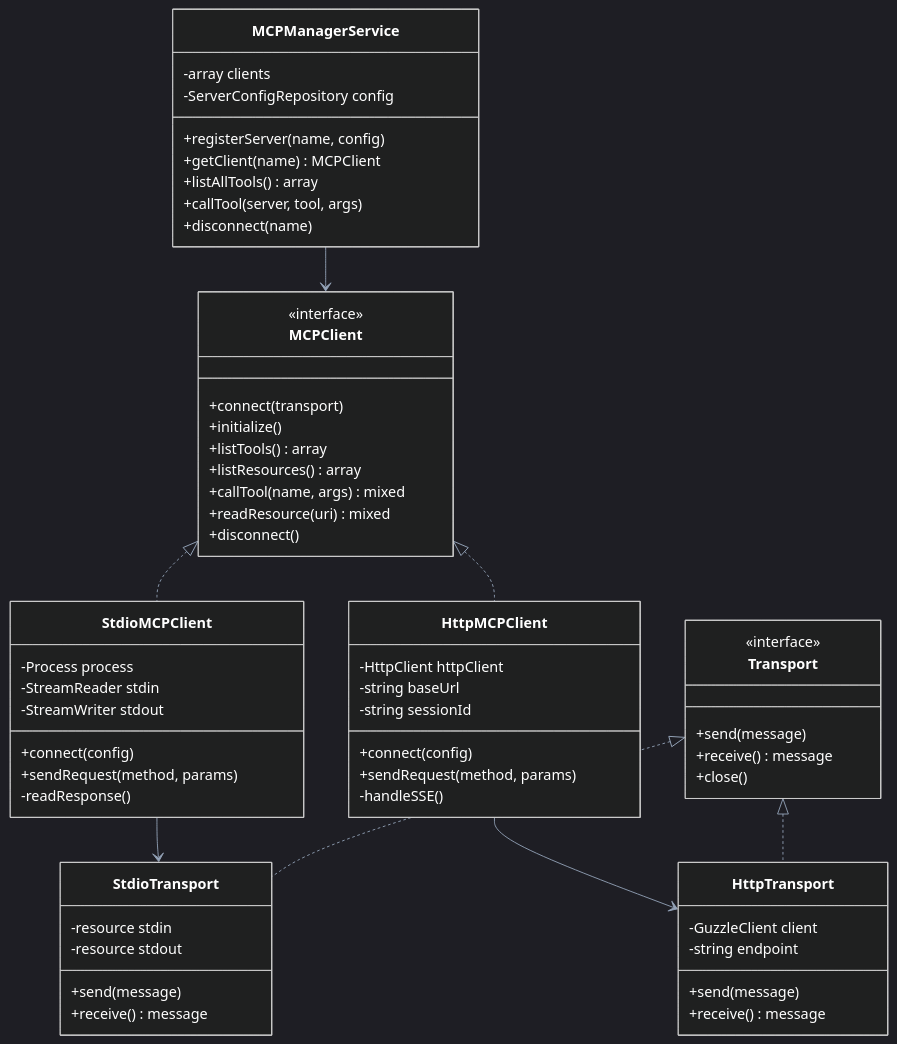
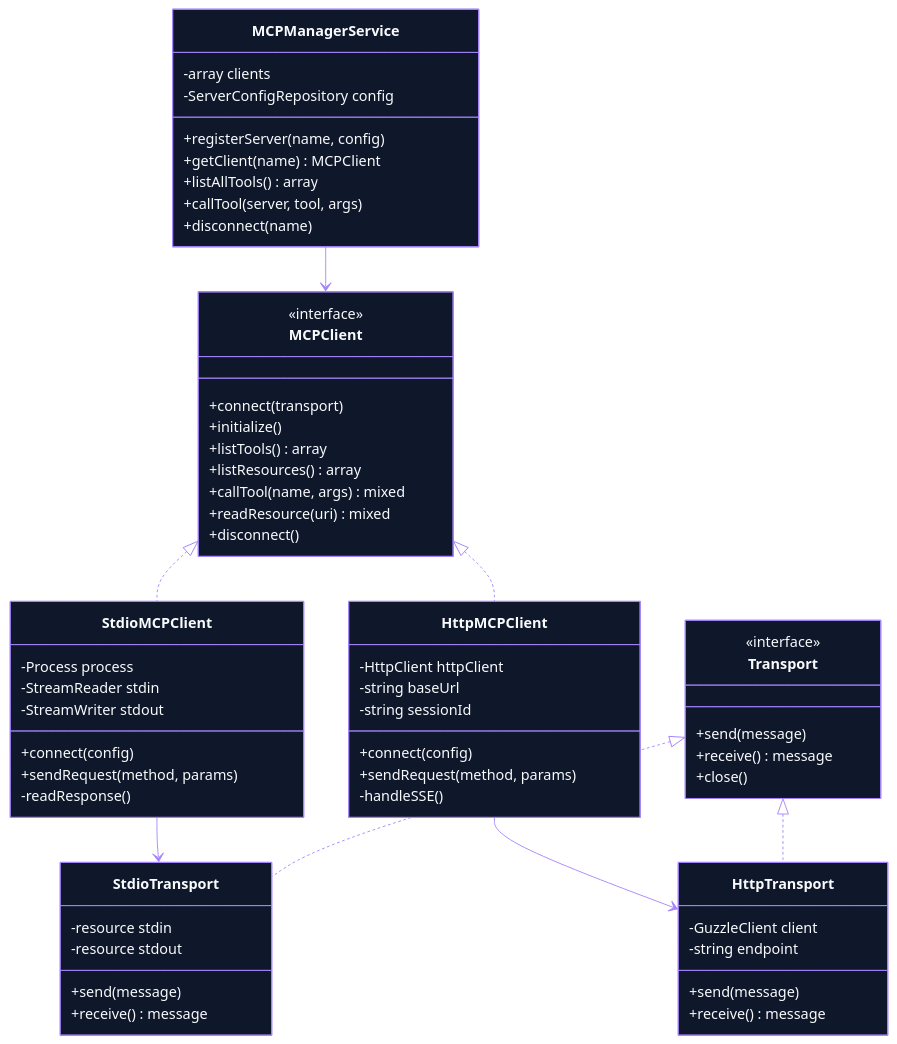
One commit to rmonsurate/rea-mcp-docs changed the diagram in docs/assets/diagrams/php-client-architecture.mmd. Above: the diagram before and after it, drawn with Mermaid. The commit also changed 24 other files, not shown here.

Commit message:
Update diagrams with Rea brand colors, add lightbox, improve resolution

```diff
--- a/docs/assets/diagrams/php-client-architecture.mmd
+++ b/docs/assets/diagrams/php-client-architecture.mmd
@@ -1,69 +1,69 @@
-%%{init: {'theme': 'dark', 'themeVariables': { 'primaryColor': '#6366f1', 'primaryTextColor': '#fff', 'primaryBorderColor': '#818cf8', 'lineColor': '#94a3b8', 'secondaryColor': '#1e293b', 'tertiaryColor': '#334155'}}}%%
+%%{init: {'theme': 'base', 'themeVariables': { 'primaryColor': '#a484fb', 'primaryTextColor': '#ffffff', 'primaryBorderColor': '#a484fb', 'secondaryColor': '#22c55a', 'secondaryTextColor': '#ffffff', 'tertiaryColor': '#1e293b', 'lineColor': '#a484fb', 'textColor': '#f8fafc', 'mainBkg': '#0f172a', 'classText': '#f8fafc'}}}%%
 classDiagram
     class MCPManagerService {
         -array clients
         -ServerConfigRepository config
         +registerServer(name, config)
         +getClient(name) MCPClient
         +listAllTools() array
         +callTool(server, tool, args)
         +disconnect(name)
     }
 
     class MCPClient {
         <<interface>>
         +connect(transport)
         +initialize()
         +listTools() array
         +listResources() array
         +callTool(name, args) mixed
         +readResource(uri) mixed
         +disconnect()
     }
 
     class StdioMCPClient {
         -Process process
         -StreamReader stdin
         -StreamWriter stdout
         +connect(config)
         +sendRequest(method, params)
         -readResponse()
     }
 
     class HttpMCPClient {
         -HttpClient httpClient
         -string baseUrl
         -string sessionId
         +connect(config)
         +sendRequest(method, params)
         -handleSSE()
     }
 
     class Transport {
         <<interface>>
         +send(message)
         +receive() message
         +close()
     }
 
     class StdioTransport {
         -resource stdin
         -resource stdout
         +send(message)
         +receive() message
     }
 
     class HttpTransport {
         -GuzzleClient client
         -string endpoint
         +send(message)
         +receive() message
     }
 
     MCPManagerService --> MCPClient
     MCPClient <|.. StdioMCPClient
     MCPClient <|.. HttpMCPClient
     StdioMCPClient --> StdioTransport
     HttpMCPClient --> HttpTransport
     Transport <|.. StdioTransport
     Transport <|.. HttpTransport
```
